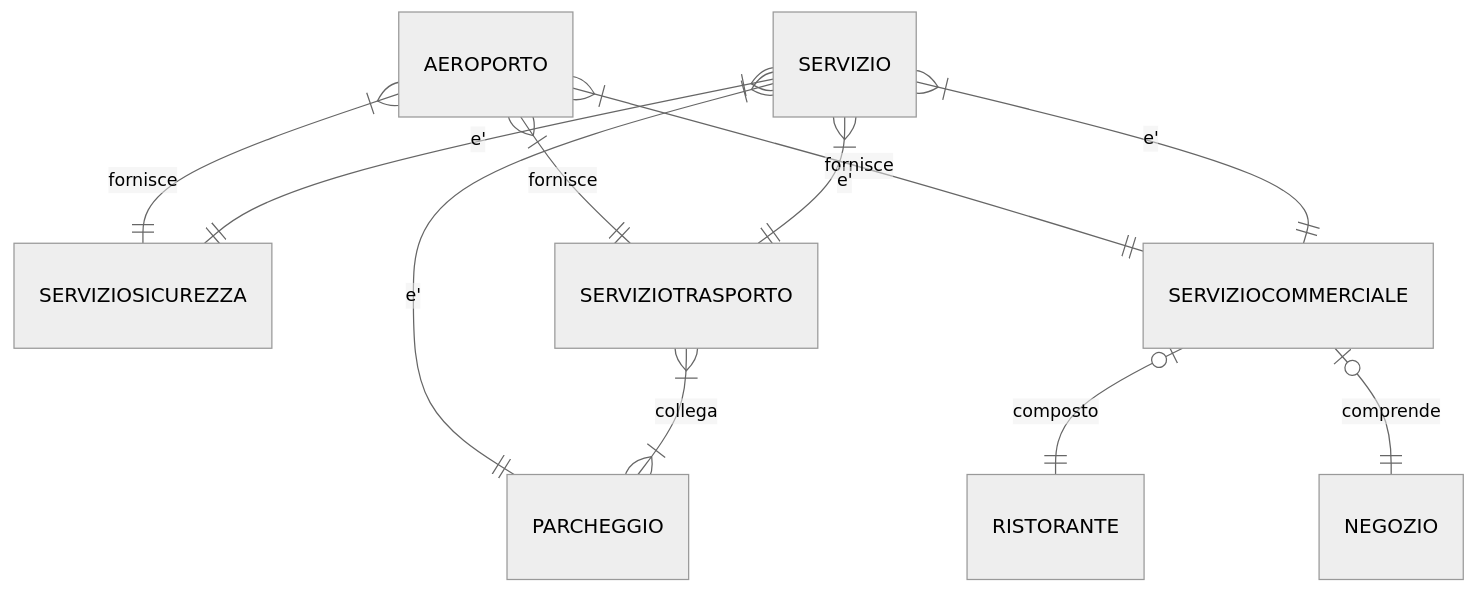
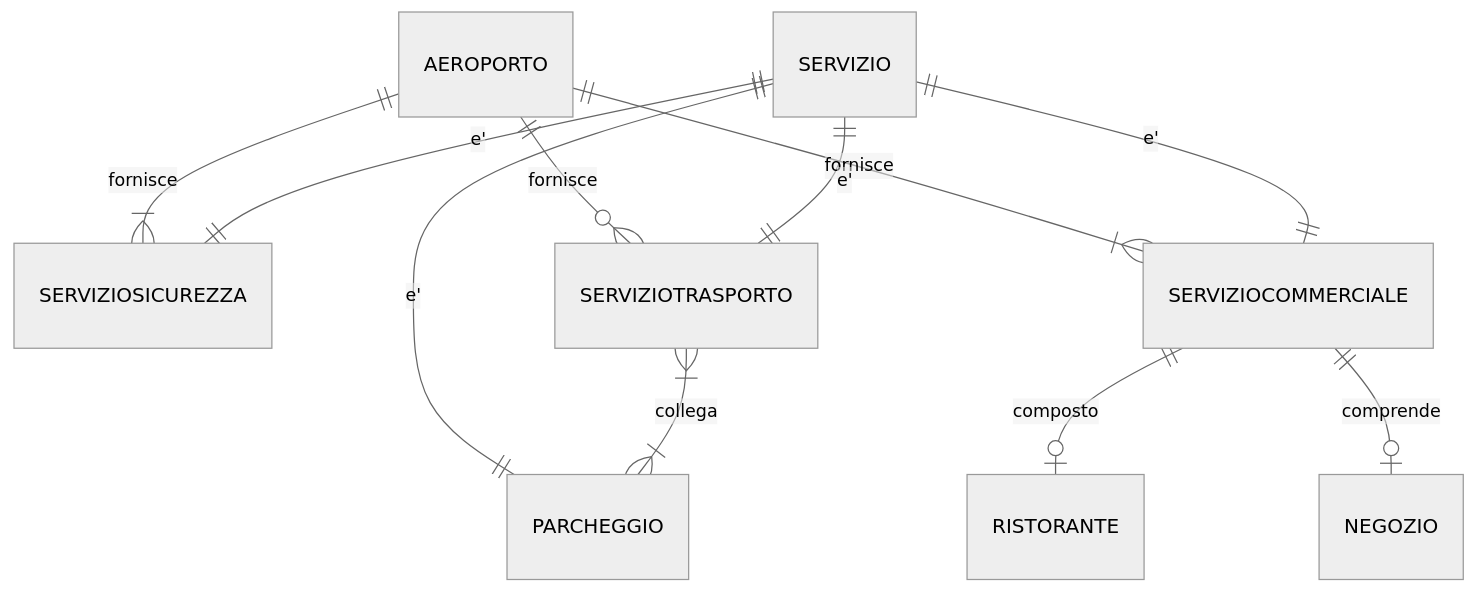
The second of 6 diagrams in RELAZIONE.md (Diebbo/aereodb), drawn with Mermaid (neutral theme) before and after one commit. The commit also changed other lines of this file, not shown here.

````diff
--- a/RELAZIONE.md
+++ b/RELAZIONE.md
@@ -208,15 +207,15 @@
 ```mermaid
 erDiagram 
-    AEROPORTO }|--|| SERVIZIOSICUREZZA: "fornisce"
-    AEROPORTO }|--|| SERVIZIOTRASPORTO: "fornisce"
-    AEROPORTO }|--|| SERVIZIOCOMMERCIALE: "fornisce"
+    AEROPORTO ||--|{ SERVIZIOSICUREZZA: "fornisce"
+    AEROPORTO ||--o{ SERVIZIOTRASPORTO: "fornisce"
+    AEROPORTO ||--|{ SERVIZIOCOMMERCIALE: "fornisce"
 
-    SERVIZIO }|--|| SERVIZIOSICUREZZA: "e'"
-    SERVIZIO }|--|| SERVIZIOTRASPORTO: "e'"
-    SERVIZIO }|--|| SERVIZIOCOMMERCIALE: "e'"
-    SERVIZIO }|--|| PARCHEGGIO: "e'"
+    SERVIZIO ||--|| SERVIZIOSICUREZZA: "e'"
+    SERVIZIO ||--|| SERVIZIOTRASPORTO: "e'"
+    SERVIZIO ||--|| SERVIZIOCOMMERCIALE: "e'"
+    SERVIZIO ||--|| PARCHEGGIO: "e'"
     SERVIZIOTRASPORTO }|--|{ PARCHEGGIO: "collega"
 
-    SERVIZIOCOMMERCIALE o|--|| RISTORANTE: "composto"
-    SERVIZIOCOMMERCIALE o|--|| NEGOZIO: "comprende"
+    SERVIZIOCOMMERCIALE ||--o| RISTORANTE: "composto"
+    SERVIZIOCOMMERCIALE ||--o| NEGOZIO: "comprende"
 ```
````
